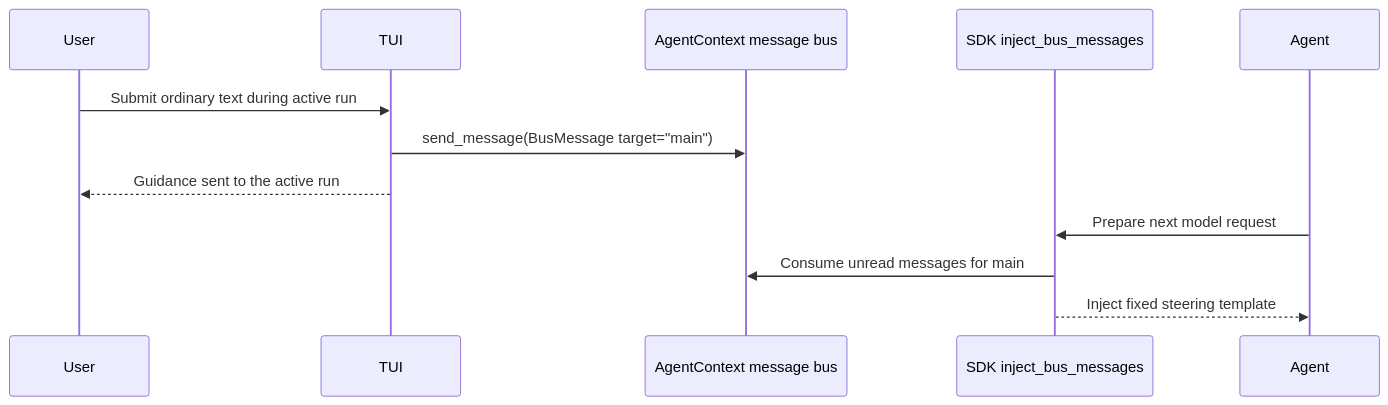
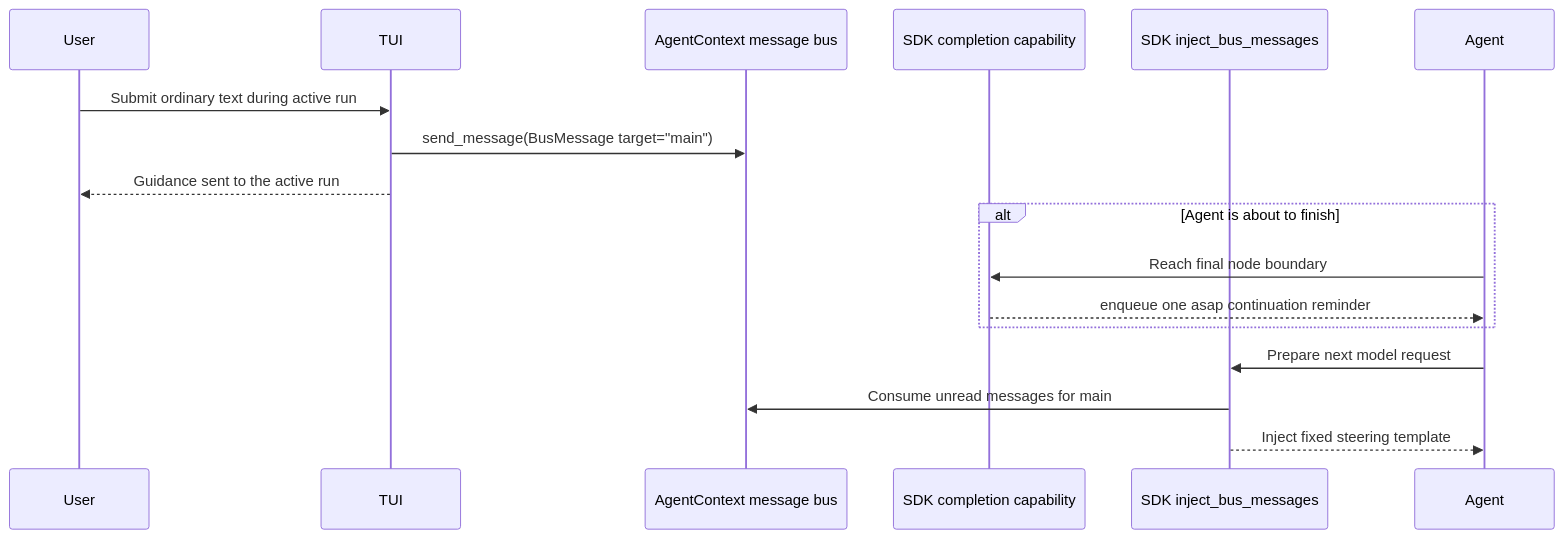
The diagram in packages/yaacli/spec/04-steering.md (Wh1isper/ya-agent-sdk), drawn with Mermaid before and after one commit. The commit also changed other lines of this file and 41 other files, not shown here.

````diff
--- a/packages/yaacli/spec/04-steering.md
+++ b/packages/yaacli/spec/04-steering.md
@@ -31,15 +31,20 @@
 ```mermaid
 sequenceDiagram
     participant User
     participant TUI
     participant Bus as AgentContext message bus
+    participant Guard as SDK completion capability
     participant Filter as SDK inject_bus_messages
     participant Agent
 
     User->>TUI: Submit ordinary text during active run
     TUI->>Bus: send_message(BusMessage target="main")
     TUI-->>User: Guidance sent to the active run
+    alt Agent is about to finish
+        Agent->>Guard: Reach final node boundary
+        Guard-->>Agent: enqueue one asap continuation reminder
+    end
     Agent->>Filter: Prepare next model request
     Filter->>Bus: Consume unread messages for main
     Filter-->>Agent: Inject fixed steering template
 ```
````
